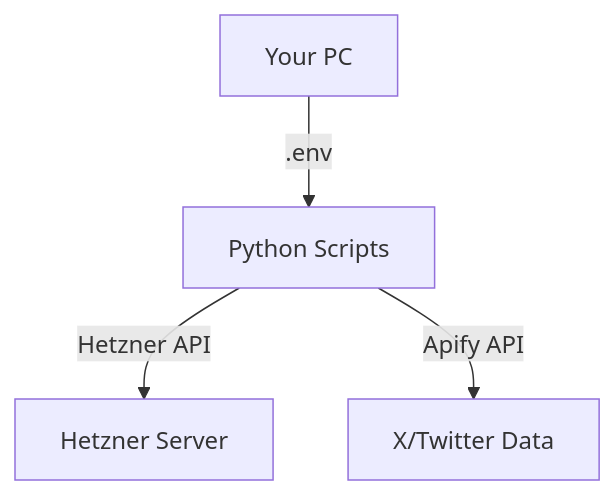
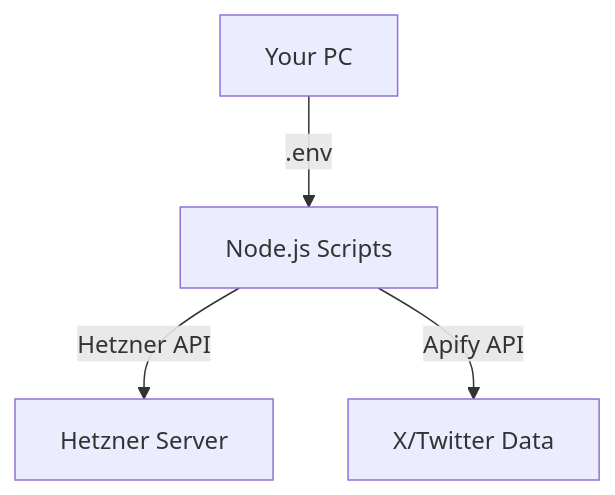
The diagram in USER_MANUAL.md (ishii2025buziness/agentic-provisioning), drawn with Mermaid before and after one commit. The commit also changed other lines of this file and 392 other files, not shown here.

Commit message:
refactor: migrate provisioning and collection scripts to Node.js

````diff
--- a/USER_MANUAL.md
+++ b/USER_MANUAL.md
@@ -17,6 +14,6 @@
 ```mermaid
 graph TD
-    Local[Your PC] -->|.env| Scripts[Python Scripts]
+    Local[Your PC] -->|.env| Scripts[Node.js Scripts]
     Scripts -->|Hetzner API| Cloud[Hetzner Server]
     Scripts -->|Apify API| X[X/Twitter Data]
 ```
````
